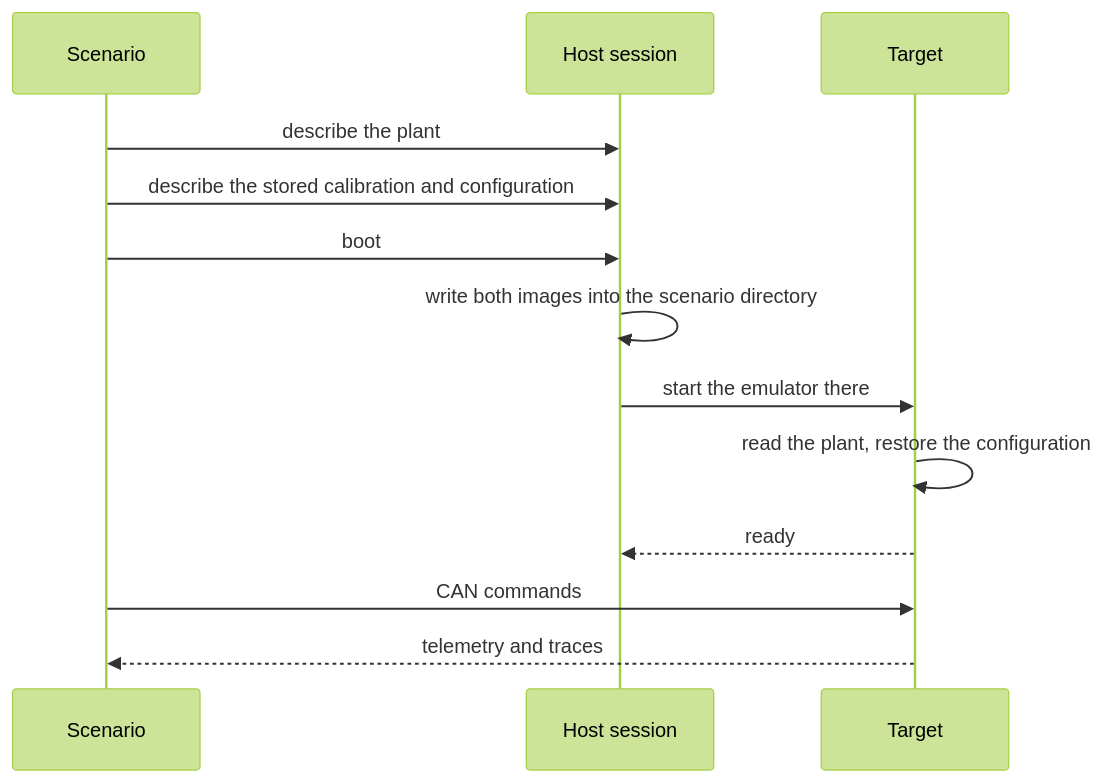
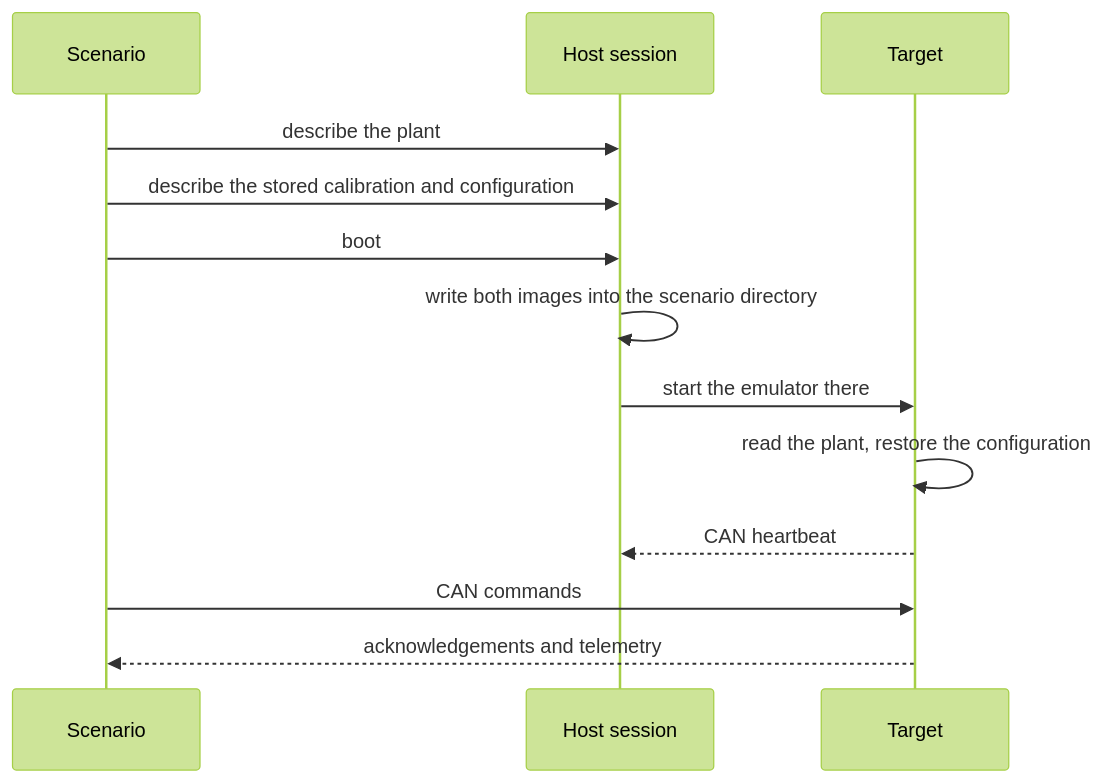
One commit to embedded-pro/e-foc changed the second of 4 diagrams in documentation/design/software-in-the-loop.md. Above: the diagram before and after it, drawn with Mermaid (forest theme). The commit also changed other lines of this file and 108 other files, not shown here.

````diff
--- a/documentation/design/software-in-the-loop.md
+++ b/documentation/design/software-in-the-loop.md
@@ -124,15 +138,15 @@
 ```mermaid
 sequenceDiagram
     participant S as Scenario
     participant H as Host session
     participant T as Target
     S->>H: describe the plant
     S->>H: describe the stored calibration and configuration
     S->>H: boot
     H->>H: write both images into the scenario directory
     H->>T: start the emulator there
     T->>T: read the plant, restore the configuration
-    T-->>H: ready
+    T-->>H: CAN heartbeat
     S->>T: CAN commands
-    T-->>S: telemetry and traces
+    T-->>S: acknowledgements and telemetry
 ```
````
